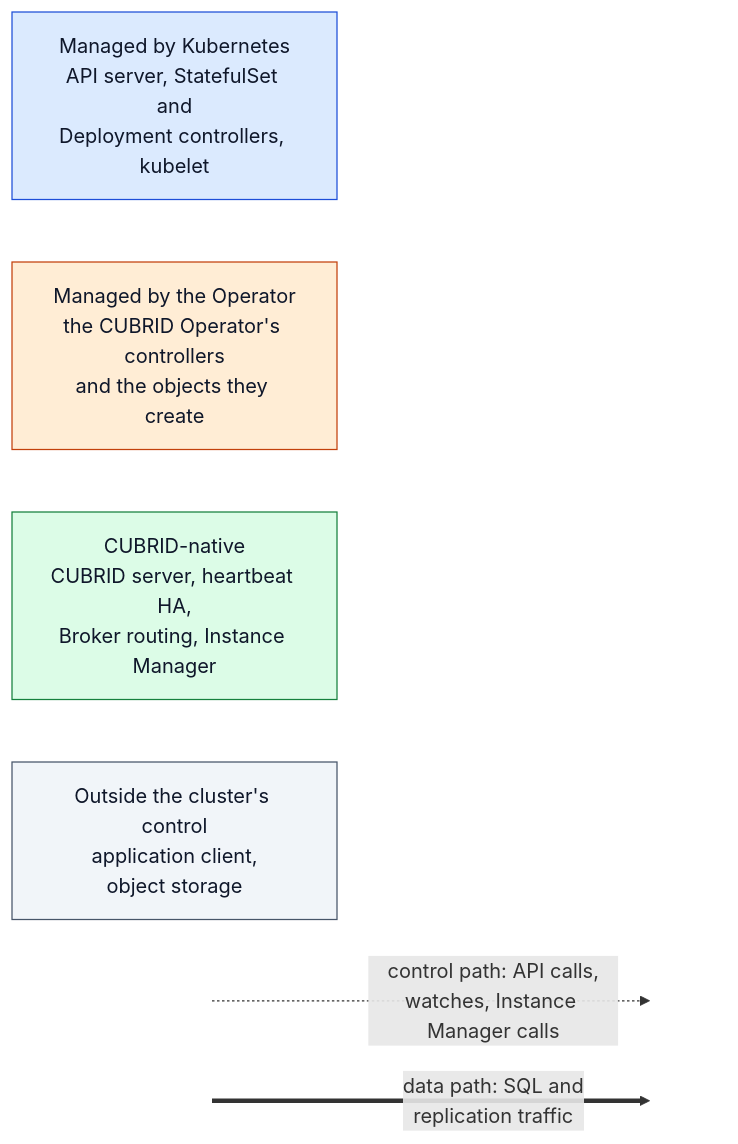
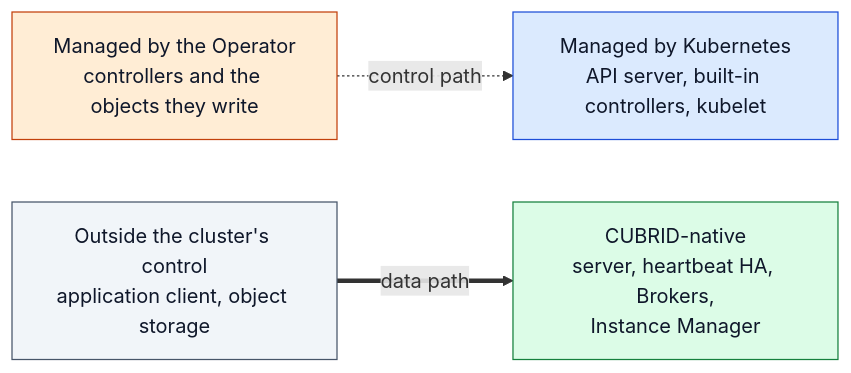
Before and after one commit to cubrid-lab/cubrid-kubernetes-operator: the diagram in docs/architecture/README.md, drawn with Mermaid. The commit also changed other lines of this file and 4 other files, not shown here.

First line of the commit message:
docs(architecture): make the diagrams readable on GitHub and cite code by symbol (#653)

````diff
--- a/docs/architecture/README.md
+++ b/docs/architecture/README.md
@@ -46,16 +49,15 @@
 ```mermaid
 flowchart LR
-    k8s["Managed by Kubernetes<br/>API server, StatefulSet and<br/>Deployment controllers, kubelet"]:::k8s
-    op["Managed by the Operator<br/>the CUBRID Operator's controllers<br/>and the objects they create"]:::op
-    cub["CUBRID-native<br/>CUBRID server, heartbeat HA,<br/>Broker routing, Instance Manager"]:::cubrid
-    ext["Outside the cluster's control<br/>application client,<br/>object storage"]:::ext
+    op["Managed by the Operator<br/>controllers and the objects they write"]:::op
+    k8s["Managed by Kubernetes<br/>API server, built-in controllers, kubelet"]:::k8s
+    ext["Outside the cluster's control<br/>application client, object storage"]:::ext
+    cub["CUBRID-native<br/>server, heartbeat HA, Brokers,<br/>Instance Manager"]:::cubrid
 
-    a1[" "]:::blank -. "control path: API calls,<br/>watches, Instance Manager calls" .-> a2[" "]:::blank
-    b1[" "]:::blank == "data path: SQL and<br/>replication traffic" ==> b2[" "]:::blank
+    op -. "control path" .-> k8s
+    ext == "data path" ==> cub
 
     classDef k8s fill:#dbeafe,stroke:#1d4ed8,color:#0f172a
     classDef op fill:#ffedd5,stroke:#c2410c,color:#0f172a
     classDef cubrid fill:#dcfce7,stroke:#15803d,color:#0f172a
     classDef ext fill:#f1f5f9,stroke:#475569,color:#0f172a
-    classDef blank fill:none,stroke:none
 ```
````
